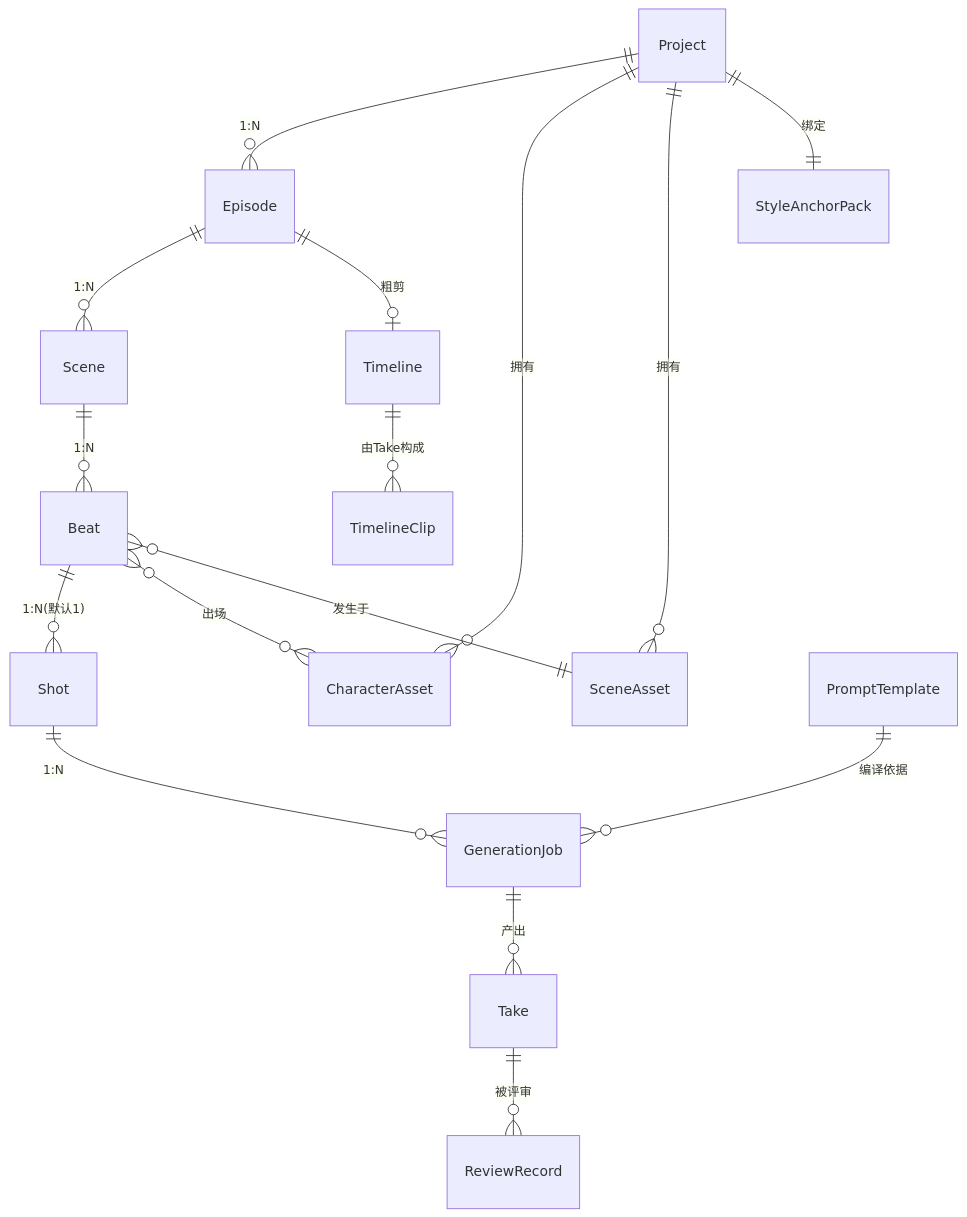
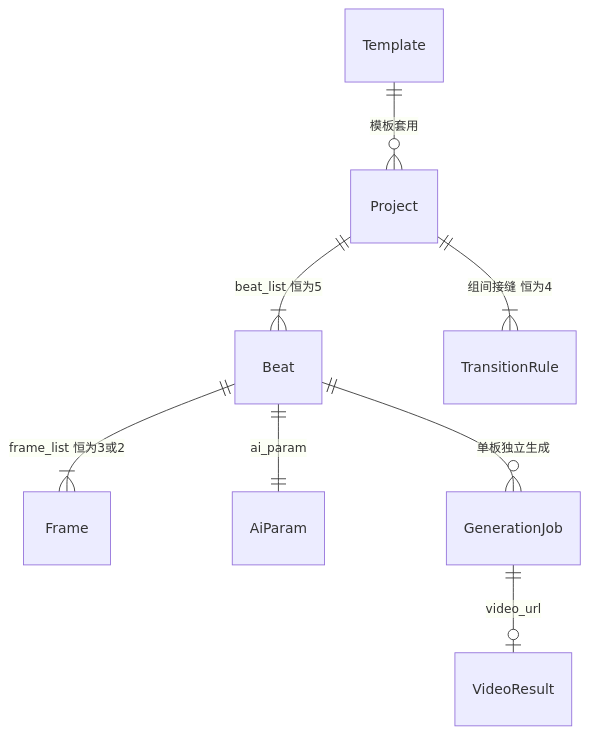
One commit to Dawan2/jiepaiban changed the second of 2 diagrams in docs/architecture/00-product-architecture.md. Above: the diagram before and after it, drawn with Mermaid. The commit also changed other lines of this file, not shown here.

Commit message:
docs(architecture): 按源稿红线修订架构文档 v1（固定5板/宫格/五锁/组间人工衔接）

````diff
--- a/docs/architecture/00-product-architecture.md
+++ b/docs/architecture/00-product-architecture.md
@@ -252,18 +229,10 @@
 ```mermaid
 erDiagram
-    Project ||--o{ Episode : "1:N"
-    Project ||--o{ CharacterAsset : "拥有"
-    Project ||--o{ SceneAsset : "拥有"
-    Project ||--|| StyleAnchorPack : "绑定"
-    Episode ||--o{ Scene : "1:N"
-    Scene ||--o{ Beat : "1:N"
-    Beat ||--o{ Shot : "1:N(默认1)"
-    Beat }o--o{ CharacterAsset : "出场"
-    Beat }o--|| SceneAsset : "发生于"
-    Shot ||--o{ GenerationJob : "1:N"
-    GenerationJob ||--o{ Take : "产出"
-    Take ||--o{ ReviewRecord : "被评审"
-    Episode ||--o| Timeline : "粗剪"
-    Timeline ||--o{ TimelineClip : "由Take构成"
-    PromptTemplate ||--o{ GenerationJob : "编译依据"
+    Project ||--|{ Beat : "beat_list 恒为5"
+    Beat ||--|{ Frame : "frame_list 恒为3或2"
+    Beat ||--|| AiParam : "ai_param"
+    Beat ||--o{ GenerationJob : "单板独立生成"
+    GenerationJob ||--o| VideoResult : "video_url"
+    Project ||--|{ TransitionRule : "组间接缝 恒为4"
+    Template ||--o{ Project : "模板套用"
 ```
````
